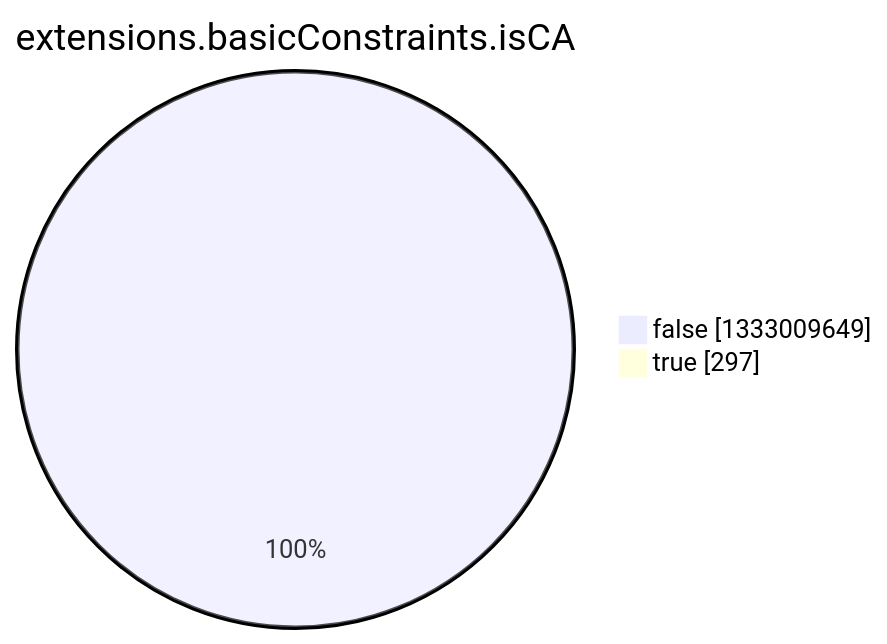
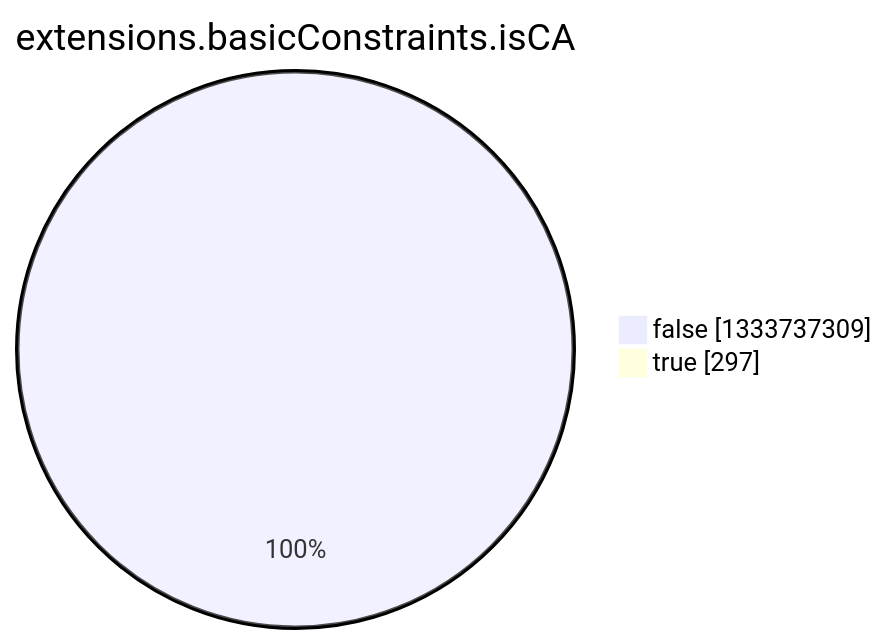
The eighth of 15 diagrams in argon2022/README.md (christiankrug/ctmonitor_visualization), drawn with Mermaid before and after one commit. The commit also changed other lines of this file, not shown here.

````diff
--- a/argon2022/README.md
+++ b/argon2022/README.md
@@ -2758,6 +2758,6 @@
 ```mermaid
 pie showData
 title extensions.basicConstraints.isCA
-"false" :1333009649
+"false" :1333737309
 "true" :297
 ```
````
